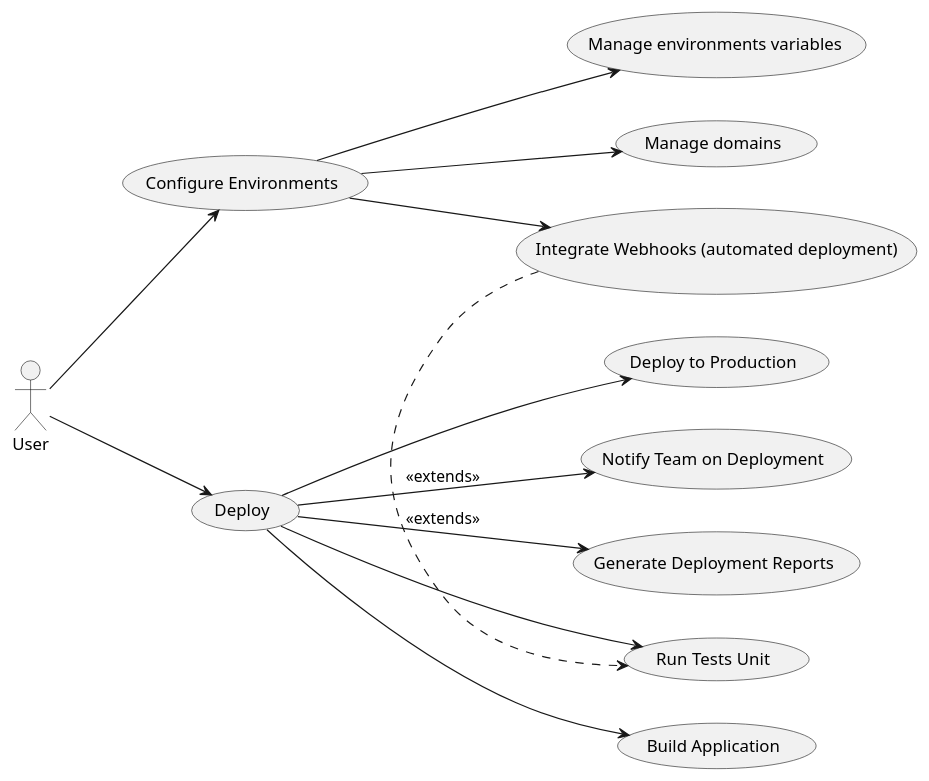
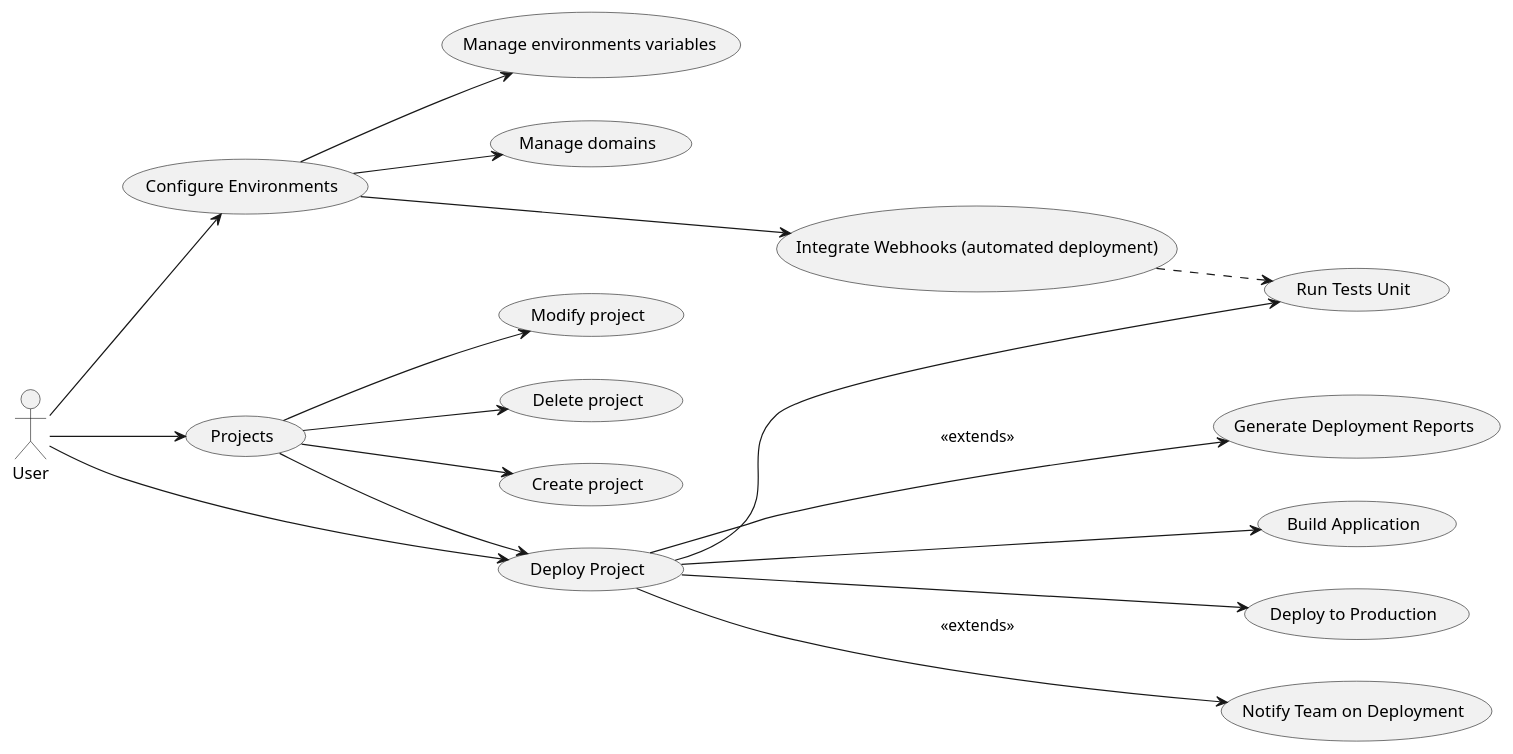
The diagram in Analyse/use-case-diagram.plantuml (Cyclops789/solicode-project-file-rouge), drawn with PlantUML before and after one commit.

```diff
--- a/Analyse/use-case-diagram.plantuml
+++ b/Analyse/use-case-diagram.plantuml
@@ -1,36 +1,49 @@
 @startuml "Deployment app"
 
 left to right direction
 
 actor "User" as User
 
-usecase "Deploy" as Deploy
+usecase "Deploy Project" as Deploy
+usecase "Projects" as Projects
+
 usecase "Configure Environments" as Configuration
 
 usecase "Run Tests Unit" as TestsUnit
 usecase "Build Application" as BuildApplication
 usecase "Deploy to Production" as DeployProduction
+
+usecase "Create project" as CreateProject
+usecase "Modify project" as ModifyProject
+usecase "Delete project" as DeleteProject
 
 usecase "Manage environments variables" as ManageEnvVariables
 usecase "Manage domains" as ManageDomains
 usecase "Integrate Webhooks (automated deployment)" as IntegrateWebHooks
 usecase "Notify Team on Deployment" as NotifyTeam
 usecase "Generate Deployment Reports" as DeploymentReports
 
 User --> Deploy
 User --> Configuration
+User --> Projects
+
+Projects --> Deploy
+
+Projects --> CreateProject
+Projects --> ModifyProject
+Projects --> DeleteProject
 
 Configuration --> ManageEnvVariables
 Configuration --> ManageDomains
 Configuration --> IntegrateWebHooks
 
 IntegrateWebHooks .> TestsUnit
 
 Deploy --> TestsUnit
 Deploy --> BuildApplication
 Deploy --> DeployProduction
 
 Deploy --> NotifyTeam : <<extends>>
 Deploy --> DeploymentReports : <<extends>>
 
 @enduml
```
